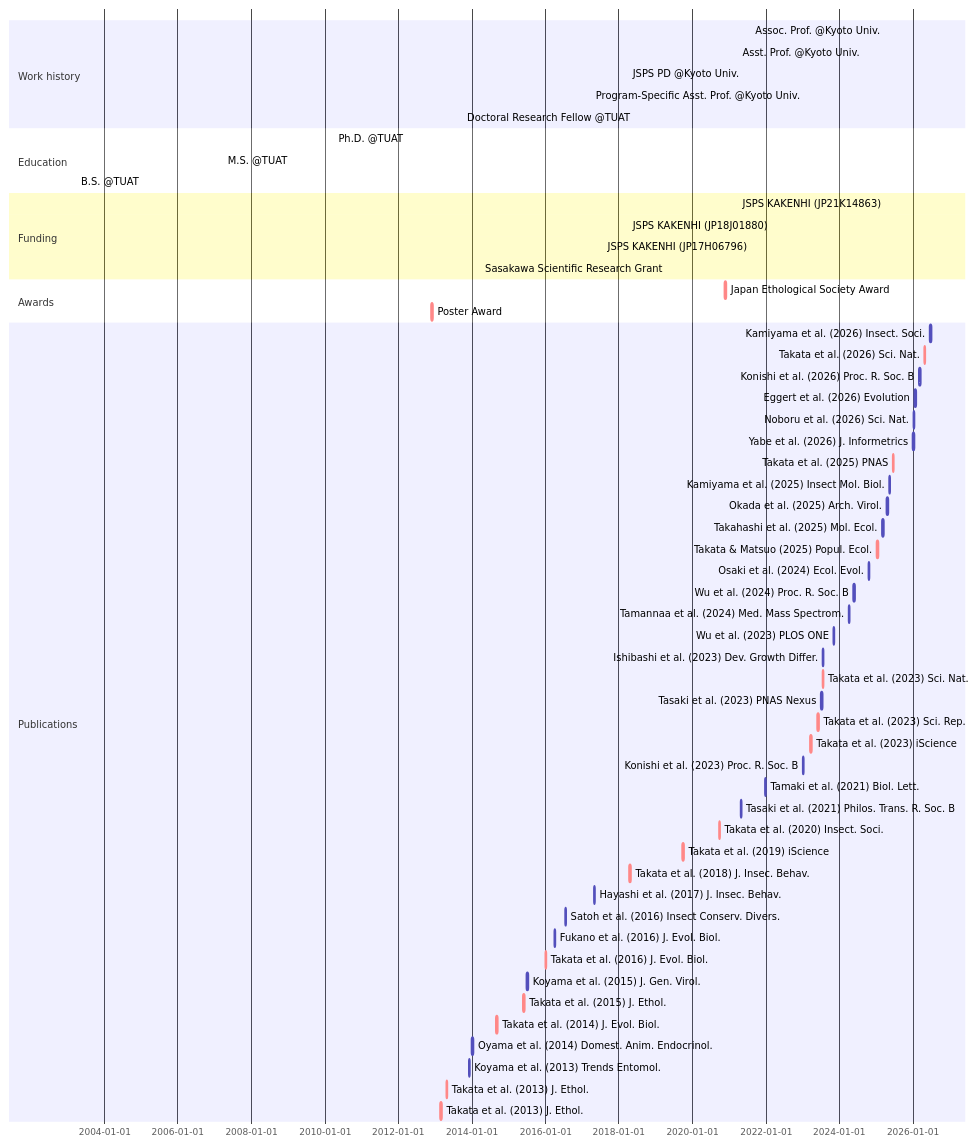
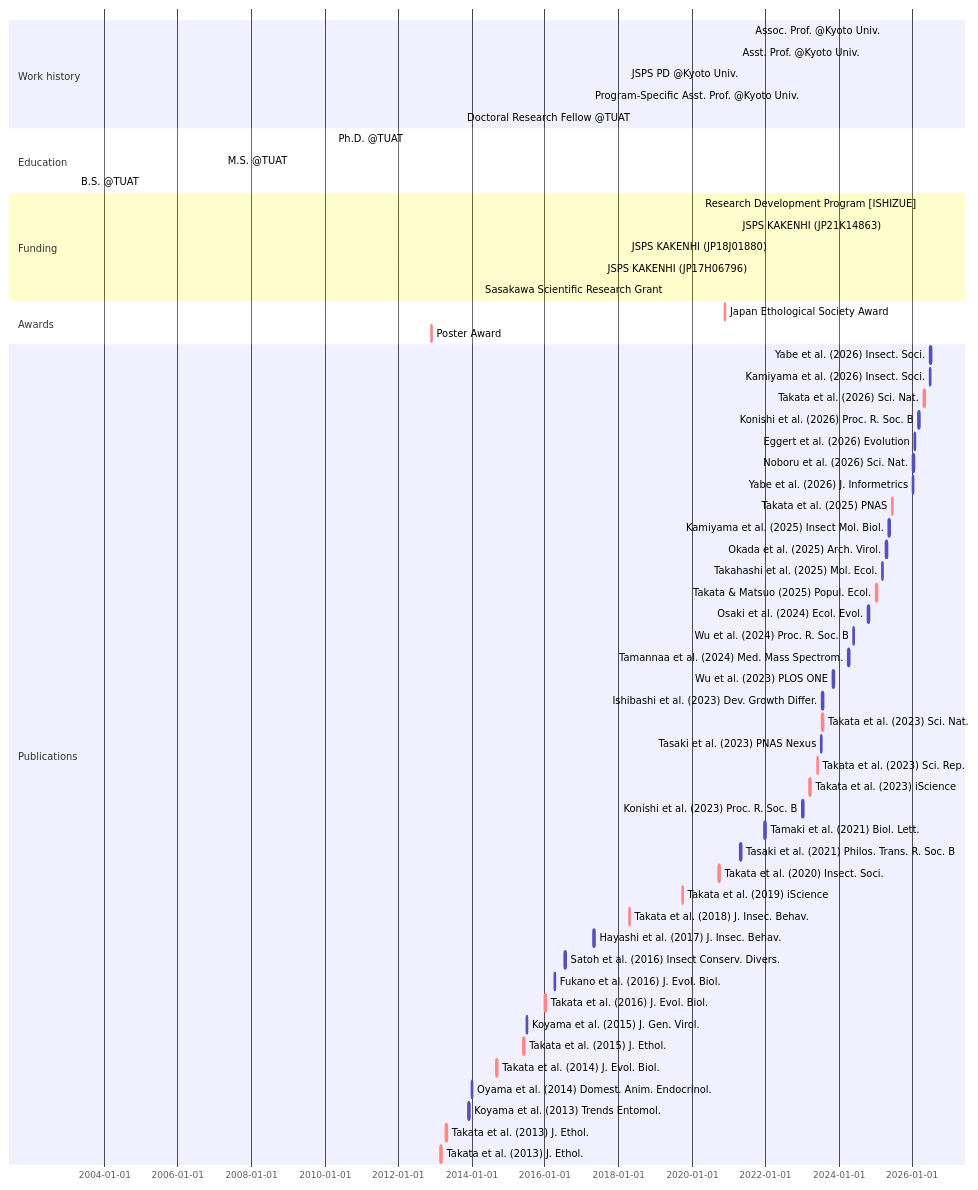
Before and after one commit to MamoruTakata/MamoruTakata.github.io: the diagram in _includes/mermaid-cv.md, drawn with Mermaid.

````diff
--- a/_includes/mermaid-cv.md
+++ b/_includes/mermaid-cv.md
@@ -1,63 +1,65 @@
 ```mermaid
 gantt
 section Work history
   Assoc. Prof. @Kyoto Univ.                     : active, Assoc. Prof., 2025-04-01, 2030-03-31
   Asst. Prof. @Kyoto Univ.                      : active, Asst. Prof., 2021-04-01, 2025-03-31
   JSPS PD @Kyoto Univ.                          : active, PD, 2018-04-01, 2021-03-31
   Program-Specific Asst. Prof. @Kyoto Univ.     : active, Program-Specific Asst. Prof., 2017-04-01, 2018-03-31
   Doctoral Research Fellow @TUAT                : active, Program-Specific Asst. Prof., 2013-10-01, 2017-03-31
 
 section Education
   Ph.D. @TUAT    : Ph.D., 2010-04-01, 2013-09-18
   M.S. @TUAT     : M.S., 2007-04-01, 2010-03-31
   B.S. @TUAT     : B.S., 2003-04-01, 2007-03-31
 
 section Funding
+  Research Development Program [ISHIZUE]        : active, grant_Ishizue, 2026-04-01, 2027-03-31
   JSPS KAKENHI (JP21K14863)                     : active, grant_young, 2021-04-01, 2026-03-31
   JSPS KAKENHI (JP18J01880)                     : active, grant_PD, 2018-04-01, 2021-03-31
   JSPS KAKENHI (JP17H06796)                     : active, grant_start, 2017-08-01, 2018-03-31
   Sasakawa Scientific Research Grant            : active, grant_Sasagawa, 2014-04-01, 2015-03-31
 
 section Awards
   Japan Ethological Society Award               : crit, aw_2, 2020-11-21, 2w
   Poster Award                                  : crit, aw_1, 2012-11-24, 2w
 
 section Publications
+  Yabe et al. (2026) Insect. Soci.              :       Yabe et al. 2026, 2026-06-29, 2w
   Kamiyama et al. (2026) Insect. Soci.          :       Kamiyama et al. 2026, 2026-06-23, 2w
   Takata et al. (2026) Sci. Nat.                : crit, Takata et al. 2026, 2026-04-24, 2w
   Konishi et al. (2026) Proc. R. Soc. B         :       Konishi et al. 2026, 2026-03-04, 2w
   Eggert et al. (2026) Evolution                :       Eggert et al. 2026, 2026-1-20, 2w
   Noboru et al. (2026) Sci. Nat.                :       Noboru et al. 2026, 2026-1-8, 2w
   Yabe et al. (2026) J. Informetrics            :       Yabe et al. 2026, 2026-1-3, 2w
   Takata et al. (2025) PNAS                     : crit, Takata et al. 2025, 2025-06-13, 2w
   Kamiyama et al. (2025) Insect Mol. Biol.      :       Kamiyama et al. 2025, 2025-05-11, 2w
   Okada et al. (2025) Arch. Virol.              :       Okada et al. 2025, 2025-04-16, 2w
   Takahashi et al. (2025) Mol. Ecol.            :       Takahashi et al. 2025, 2025-03-04, 2w
   Takata & Matsuo (2025) Popul. Ecol.           : crit, Takata & Matsuo 2025, 2025-01-07, 2w
   Osaki et al. (2024) Ecol. Evol.               :       Osaki et al. 2024, 2024-10-17, 2w
   Wu et al. (2024) Proc. R. Soc. B              :       Wu et al. 2024, 2024-05-22, 2w
   Tamannaa et al. (2024) Med. Mass Spectrom.    :       Tamannaa et al. 2024, 2024-04-01, 2w
   Wu et al. (2023) PLOS ONE                     :       Wu et al. 2023, 2023-11-02, 2w
   Ishibashi et al. (2023) Dev. Growth Differ.   :       Ishibashi et al. 2023, 2023-07-18, 2w
   Takata et al. (2023) Sci. Nat.                : crit, Takata et al. 2023c, 2023-07-17, 2w
   Tasaki et al. (2023) PNAS Nexus               :       Tasaki et al. 2023, 2023-07-04, 2w
   Takata et al. (2023) Sci. Rep.                : crit, Takata et al. 2023b, 2023-05-31, 2w
   Takata et al. (2023) iScience                 : crit, Takata et al. 2023a, 2023-03-17, 2w
   Konishi et al. (2023) Proc. R. Soc. B         :       Konishi et al. 2023, 2023-01-04, 2w
   Tamaki et al. (2021) Biol. Lett.              :       Tamaki et al. 2021, 2021-12-22, 2w
   Tasaki et al. (2021) Philos. Trans. R. Soc. B :       Tasaki et al. 2021, 2021-04-26, 2w
   Takata et al. (2020) Insect. Soci.            : crit, Takata et al. 2020, 2020-09-22, 2w
   Takata et al. (2019) iScience                 : crit, Takata et al. 2019, 2019-09-27, 2w
   Takata et al. (2018) J. Insec. Behav.         : crit, Takata et al. 2018, 2018-04-14, 2w
   Hayashi et al. (2017) J. Insec. Behav.        :       Hayashi et al. 2017, 2017-04-29, 2w
   Satoh et al. (2016) Insect Conserv. Divers.   :       Satoh et al. 2016, 2016-07-16, 2w
   Fukano et al. (2016) J. Evol. Biol.           :       Fukano et al. 2016, 2016-04-01, 2w
   Takata et al. (2016) J. Evol. Biol.           : crit, Takata et al. 2016, 2016-01-01, 2w
   Koyama et al. (2015) J. Gen. Virol.           :       Koyama et al. 2015, 2015-07-01, 2w
   Takata et al. (2015) J. Ethol.                : crit, Takata et al. 2015, 2015-05-28, 2w
   Takata et al. (2014) J. Evol. Biol.           : crit, Takata et al. 2014, 2014-09-01, 2w
   Oyama et al. (2014) Domest. Anim. Endocrinol. :       Oyama et al. 2014, 2014-01-01, 2w
   Koyama et al. (2013) Trends Entomol.          :       Koyama et al. 2013, 2013-12-01, 2w
   Takata et al. (2013) J. Ethol.                : crit, Takata et al. 2015b, 2013-04-21, 2w
   Takata et al. (2013) J. Ethol.                : crit, Takata et al. 2015a, 2013-02-23, 2w
 ```
````
